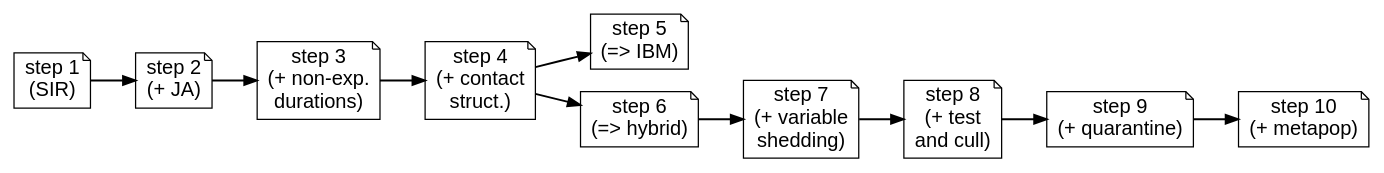
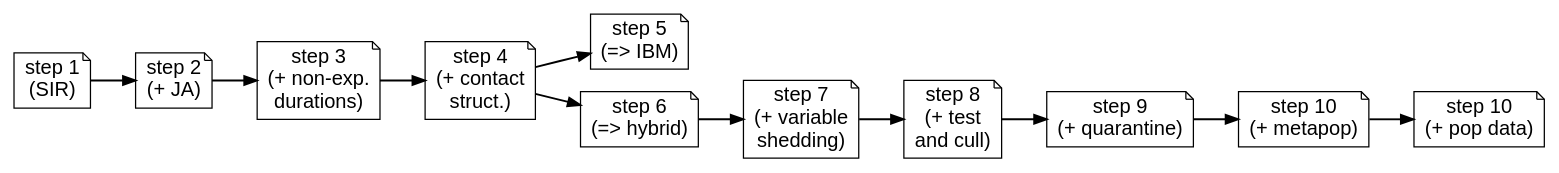
One commit to spicault/emulsion-training changed the diagram in img/progression.dot. Above: the diagram before and after it, drawn with Graphviz. The commit also changed 11 other files, not shown here.

```diff
--- a/img/progression.dot
+++ b/img/progression.dot
@@ -1,29 +1,31 @@
 digraph {
           charset="utf-8"
           rankdir=LR;
 
           node[fontsize=16, fontname="Arial", shape="note", style=""];
           edge[minlen=1, penwidth=1.5];
 
 	  s1 [label="step 1\n(SIR)"];
 	  s2 [label="step 2\n(+ JA)"] ;
 	  s3 [label="step 3\n(+ non-exp.\ndurations)"] ;
 	  s4 [label="step 4\n(+ contact\n struct.)"] ;
 
 	  subgraph {
 		  rank = same ;
 		  s5 [label="step 5\n(=> IBM)"] ;
 		  s6 [label="step 6\n(=> hybrid)"] ;
 	  }
 
 	  s7 [label="step 7\n(+ variable\nshedding)"] ;
 	  s8 [label="step 8\n(+ test\nand cull)"] ;
 	  s9 [label="step 9\n(+ quarantine)"] ;
 	  s10 [label="step 10\n(+ metapop)"] ;
+	  s11 [label="step 10\n(+ pop data)"] ;
 	  // subgraph {
 	  // 	  rank = same ;
 	  // }
 
           s1 -> s2 -> s3 -> s4 -> s5 ;
-	  s4 -> s6 -> s7 -> s8 -> s9 -> s10 ;
+	  s4 -> s6 -> s7 -> s8 -> s9 -> s10 -> s11 ;
+
 }
```
